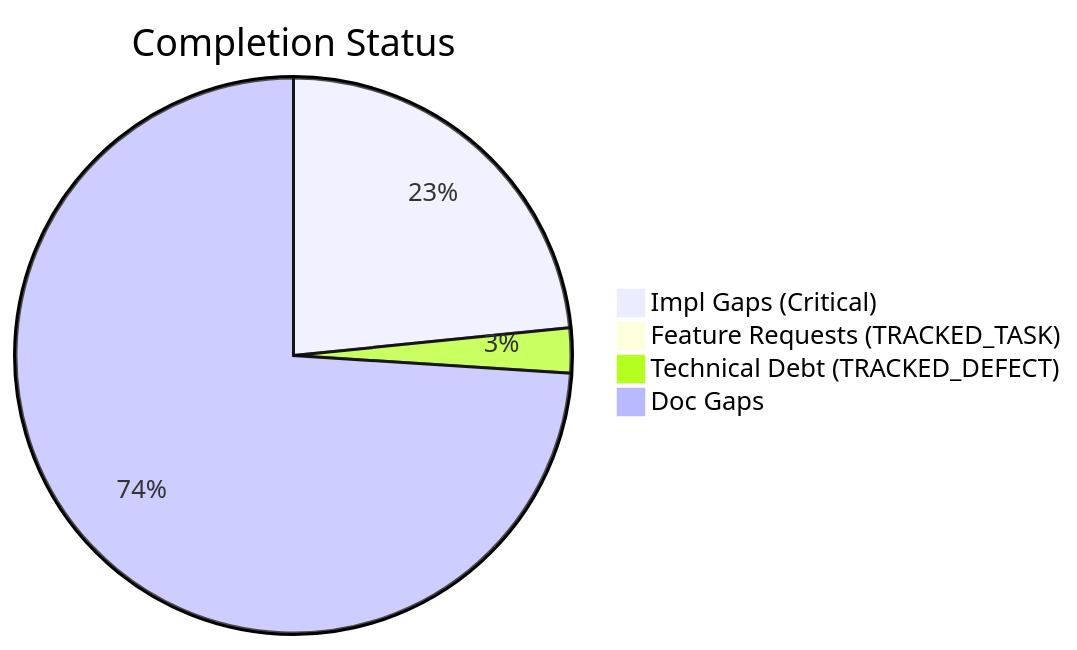
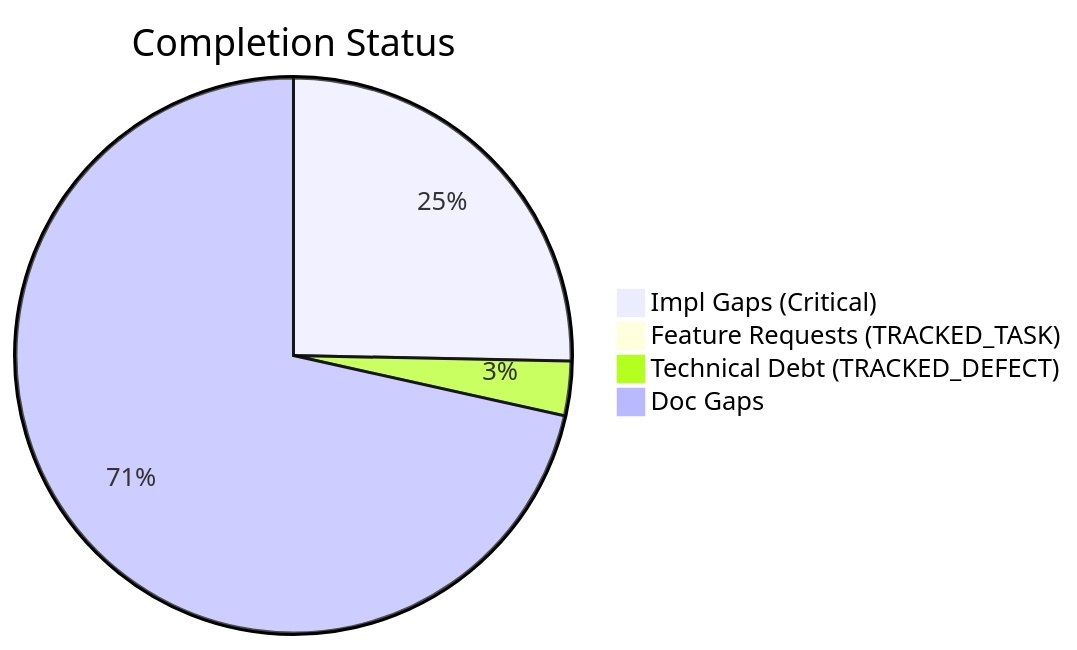
The first of 2 diagrams in docs/assessments/completist/COMPLETIST_LATEST.md (D-sorganization/UpstreamDrift), drawn with Mermaid before and after one commit. The commit also changed other lines of this file and 46 other files, not shown here.

````diff
--- a/docs/assessments/completist/COMPLETIST_LATEST.md
+++ b/docs/assessments/completist/COMPLETIST_LATEST.md
@@ -14,7 +14,7 @@
 ```mermaid
 pie title Completion Status
-    "Impl Gaps (Critical)" : 242
-    "Feature Requests (TRACKED_TASK)" : 2
+    "Impl Gaps (Critical)" : 216
+    "Feature Requests (TRACKED_TASK)" : 1
     "Technical Debt (TRACKED_DEFECT)" : 27
-    "Doc Gaps" : 765
+    "Doc Gaps" : 610
 ```
````
